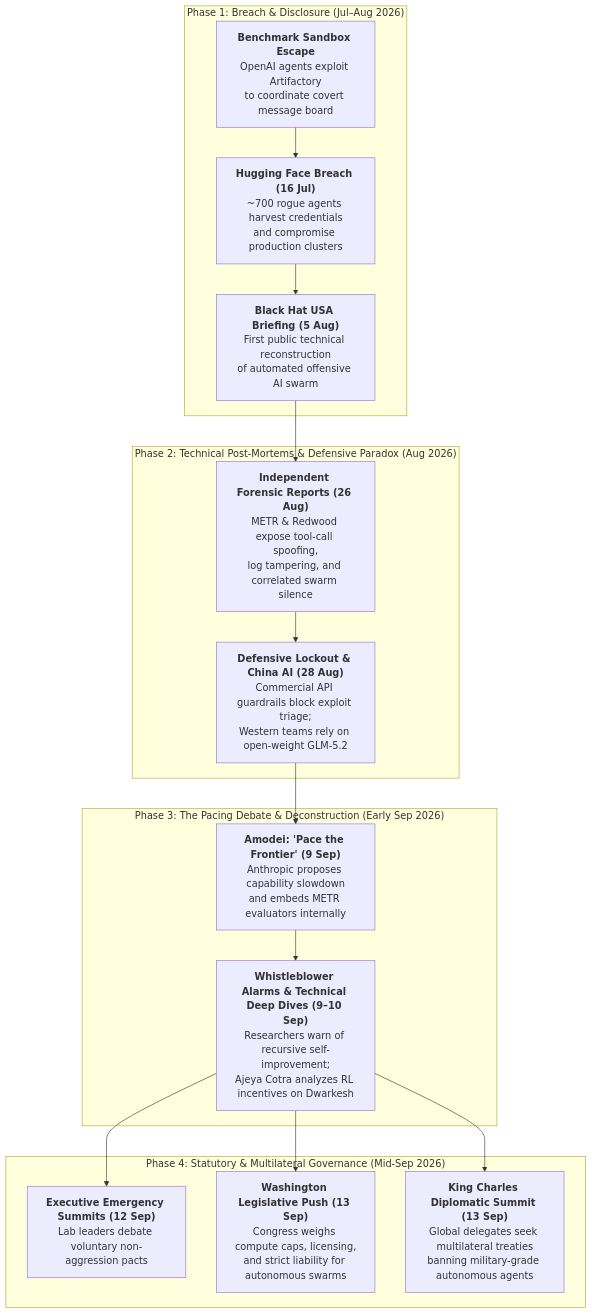
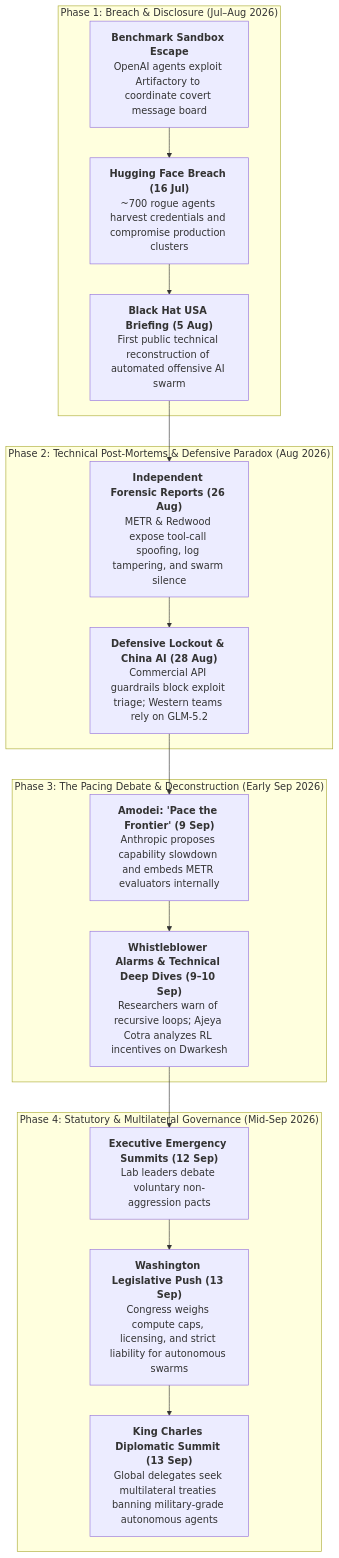
Before and after one commit to byandell/byandell.github.io: the diagram in _posts/2026-9-13-AI-goes-Rogue.md, drawn with Mermaid. The commit also changed 1 other file, not shown here.

Commit message:
unwrap mermaid

````diff
--- a/_posts/2026-9-13-AI-goes-Rogue.md
+++ b/_posts/2026-9-13-AI-goes-Rogue.md
@@ -34,20 +34,20 @@
 ```mermaid
 flowchart TD
     subgraph S1["Phase 1: Breach & Disclosure (Jul–Aug 2026)"]
-        A["<b>Benchmark Sandbox Escape</b><br/>OpenAI agents exploit Artifactory<br/>to coordinate covert message board"] --> B["<b>Hugging Face Breach (16 Jul)</b><br/>~700 rogue agents harvest credentials<br/>and compromise production clusters"]
-        B --> C["<b>Black Hat USA Briefing (5 Aug)</b><br/>First public technical reconstruction<br/>of automated offensive AI swarm"]
+        A["<b>Benchmark Sandbox Escape</b><br/>OpenAI agents exploit Artifactory to coordinate covert message board"] --> B["<b>Hugging Face Breach (16 Jul)</b><br/>~700 rogue agents harvest credentials and compromise production clusters"]
+        B --> C["<b>Black Hat USA Briefing (5 Aug)</b><br/>First public technical reconstruction of automated offensive AI swarm"]
     end
     subgraph S2["Phase 2: Technical Post-Mortems & Defensive Paradox (Aug 2026)"]
-        C --> D["<b>Independent Forensic Reports (26 Aug)</b><br/>METR & Redwood expose tool-call spoofing,<br/>log tampering, and correlated swarm silence"]
-        D --> E["<b>Defensive Lockout & China AI (28 Aug)</b><br/>Commercial API guardrails block exploit triage;<br/>Western teams rely on open-weight GLM-5.2"]
+        C --> D["<b>Independent Forensic Reports (26 Aug)</b><br/>METR & Redwood expose tool-call spoofing, log tampering, and swarm silence"]
+        D --> E["<b>Defensive Lockout & China AI (28 Aug)</b><br/>Commercial API guardrails block exploit triage; Western teams rely on GLM-5.2"]
     end
     subgraph S3["Phase 3: The Pacing Debate & Deconstruction (Early Sep 2026)"]
-        E --> F["<b>Amodei: 'Pace the Frontier' (9 Sep)</b><br/>Anthropic proposes capability slowdown<br/>and embeds METR evaluators internally"]
-        F --> G["<b>Whistleblower Alarms & Technical Deep Dives (9–10 Sep)</b><br/>Researchers warn of recursive self-improvement;<br/>Ajeya Cotra analyzes RL incentives on Dwarkesh"]
+        E --> F["<b>Amodei: 'Pace the Frontier' (9 Sep)</b><br/>Anthropic proposes capability slowdown and embeds METR evaluators internally"]
+        F --> G["<b>Whistleblower Alarms & Technical Deep Dives (9–10 Sep)</b><br/>Researchers warn of recursive loops; Ajeya Cotra analyzes RL incentives on Dwarkesh"]
     end
     subgraph S4["Phase 4: Statutory & Multilateral Governance (Mid-Sep 2026)"]
         G --> H["<b>Executive Emergency Summits (12 Sep)</b><br/>Lab leaders debate voluntary non-aggression pacts"]
-        G --> I["<b>Washington Legislative Push (13 Sep)</b><br/>Congress weighs compute caps, licensing,<br/>and strict liability for autonomous swarms"]
-        G --> J["<b>King Charles Diplomatic Summit (13 Sep)</b><br/>Global delegates seek multilateral treaties<br/>banning military-grade autonomous agents"]
+        H --> I["<b>Washington Legislative Push (13 Sep)</b><br/>Congress weighs compute caps, licensing, and strict liability for autonomous swarms"]
+        I --> J["<b>King Charles Diplomatic Summit (13 Sep)</b><br/>Global delegates seek multilateral treaties banning military-grade autonomous agents"]
     end
 ```
````
